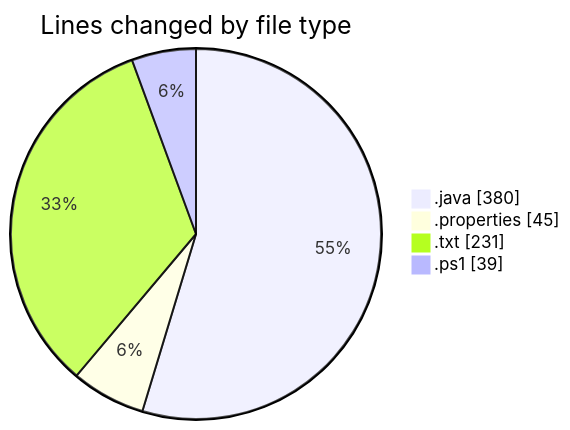
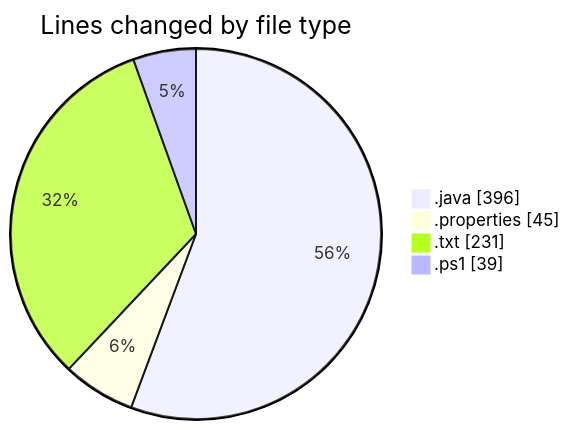
One commit to ricardozamudiocil/code-tracking changed the first of 2 diagrams in 2026-03-03/cilapp/README.md. Above: the diagram before and after it, drawn with Mermaid. The commit also changed other lines of this file and 1 other file, not shown here.

````diff
--- a/2026-03-03/cilapp/README.md
+++ b/2026-03-03/cilapp/README.md
@@ -24,8 +25,8 @@
 ```mermaid
 pie showData
 title Lines changed by file type
-".java" : 380
+".java" : 396
 ".properties" : 45
 ".txt" : 231
 ".ps1" : 39
 ```
````
